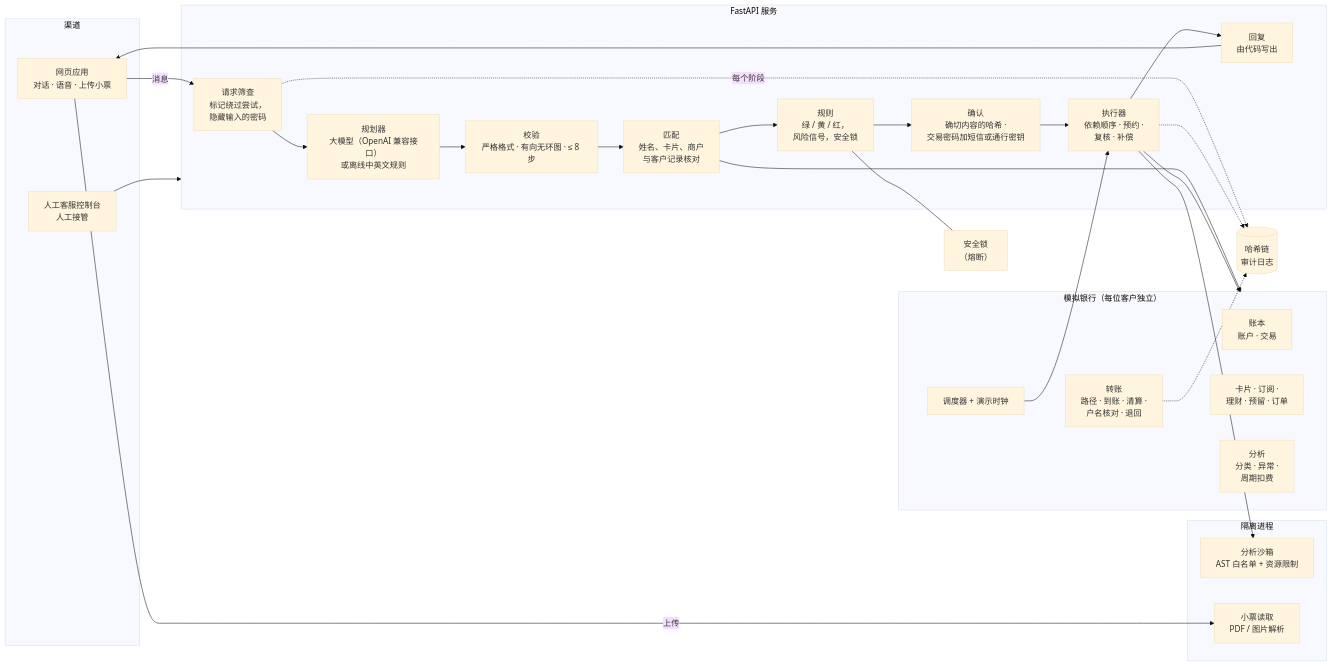
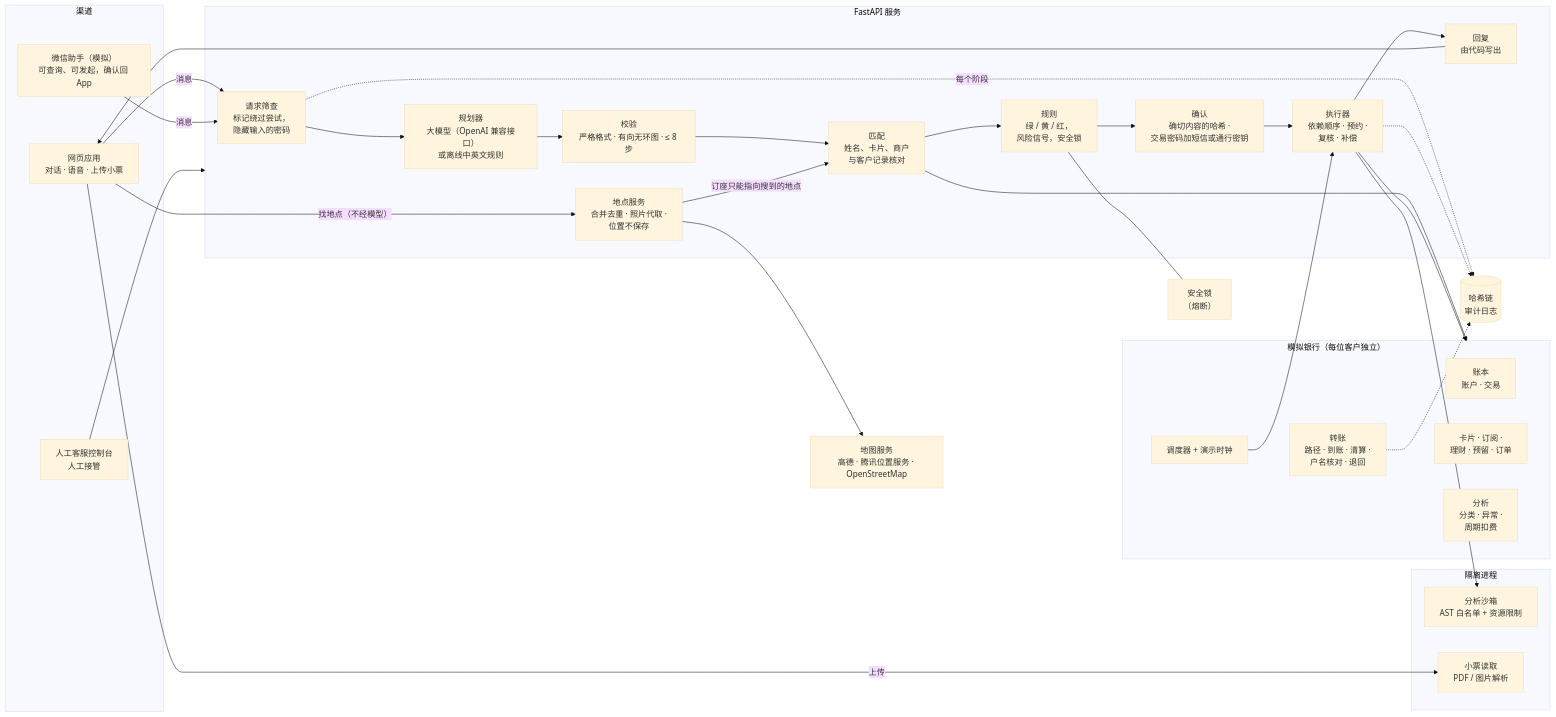
The diagram in docs/ARCHITECTURE.zh.md (thedarkich/fintechathon-agent), drawn with Mermaid (base theme) before and after one commit. The commit also changed other lines of this file and 14 other files, not shown here.

````diff
--- a/docs/ARCHITECTURE.zh.md
+++ b/docs/ARCHITECTURE.zh.md
@@ -13,46 +13,53 @@
 ```mermaid
 flowchart LR
   subgraph 渠道
     WEB["网页应用<br/>对话 · 语音 · 上传小票"]
     OPS["人工客服控制台<br/>人工接管"]
+    WX["微信助手（模拟）<br/>可查询、可发起，确认回 App"]
   end
 
   subgraph API["FastAPI 服务"]
     SCR["请求筛查<br/>标记绕过尝试，<br/>隐藏输入的密码"]
     PLN["规划器<br/>大模型（OpenAI 兼容接口）<br/>或离线中英文规则"]
     VAL["校验<br/>严格格式 · 有向无环图 · ≤ 8 步"]
     RES["匹配<br/>姓名、卡片、商户<br/>与客户记录核对"]
     POL["规则<br/>绿 / 黄 / 红，<br/>风险信号，安全锁"]
     APR["确认<br/>确切内容的哈希 ·<br/>交易密码加短信或通行密钥"]
     EXE["执行器<br/>依赖顺序 · 预约 ·<br/>复核 · 补偿"]
     REP["回复<br/>由代码写出"]
+    PLC["地点服务<br/>合并去重 · 照片代取 ·<br/>位置不保存"]
   end
+
+  MAP["地图服务<br/>高德 · 腾讯位置服务 · OpenStreetMap"]
 
   subgraph Bank["模拟银行（每位客户独立）"]
     LED["账本<br/>账户 · 交易"]
     TRF["转账<br/>路径 · 到账 · 清算 ·<br/>户名核对 · 退回"]
     PRD["卡片 · 订阅 ·<br/>理财 · 预留 · 订单"]
     ANA["分析<br/>分类 · 异常 ·<br/>周期扣费"]
     CLK["调度器 + 演示时钟"]
   end
 
   subgraph Isolated["隔离进程"]
     SBX["分析沙箱<br/>AST 白名单 + 资源限制"]
     ING["小票读取<br/>PDF / 图片解析"]
   end
 
   AUD[("哈希链<br/>审计日志")]
   LCK["安全锁<br/>（熔断）"]
 
   WEB -->|消息| SCR --> PLN --> VAL --> RES --> POL --> APR --> EXE --> REP --> WEB
   WEB -->|上传| ING
   RES --> Bank
   EXE --> Bank
   EXE --> SBX
   CLK --> EXE
   POL --- LCK
   SCR -. 每个阶段 .-> AUD
   EXE -.-> AUD
   TRF -.-> AUD
   OPS --> API
+  WX -->|消息| SCR
+  WEB -->|找地点（不经模型）| PLC --> MAP
+  PLC -->|订座只能指向搜到的地点| RES
 ```
````
